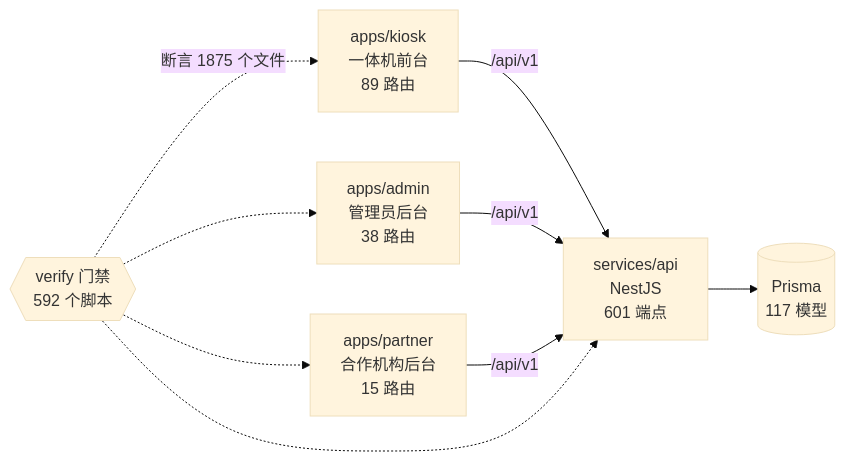
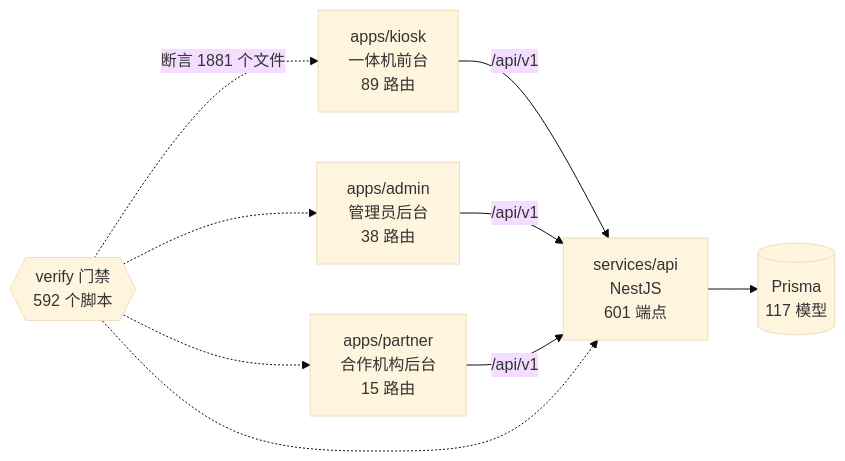
The diagram in docs/graph/README.md (wanglei581/YITIJI), drawn with Mermaid (base theme) before and after one commit. The commit also changed other lines of this file and 4 other files, not shown here.

````diff
--- a/docs/graph/README.md
+++ b/docs/graph/README.md
@@ -68,18 +68,18 @@
 ```mermaid
 flowchart LR
   kiosk["apps/kiosk<br/>一体机前台<br/>89 路由"]
   admin["apps/admin<br/>管理员后台<br/>38 路由"]
   partner["apps/partner<br/>合作机构后台<br/>15 路由"]
   api["services/api<br/>NestJS<br/>601 端点"]
   db[("Prisma<br/>117 模型")]
   gates{{"verify 门禁<br/>592 个脚本"}}
 
   kiosk -->|"/api/v1"| api
   admin -->|"/api/v1"| api
   partner -->|"/api/v1"| api
   api --> db
-  gates -.->|"断言 1875 个文件"| kiosk
+  gates -.->|"断言 1881 个文件"| kiosk
   gates -.-> admin
   gates -.-> partner
   gates -.-> api
 ```
````
